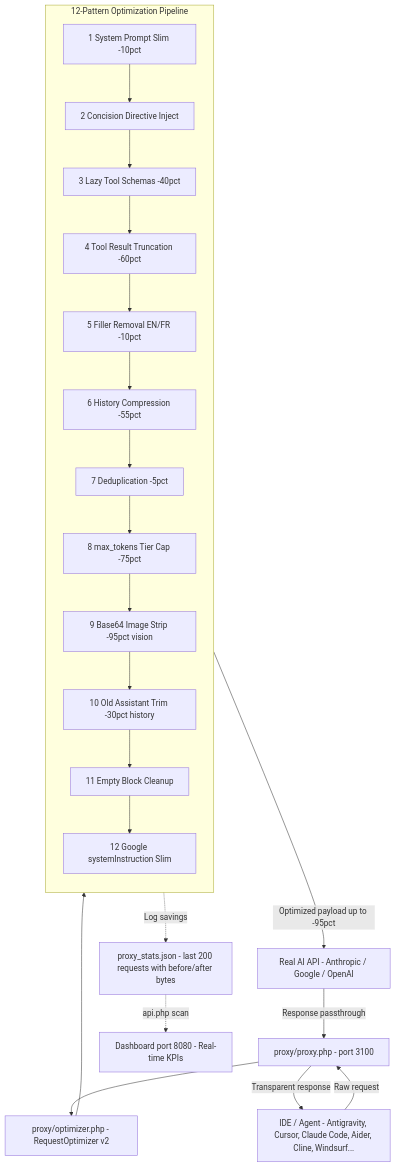
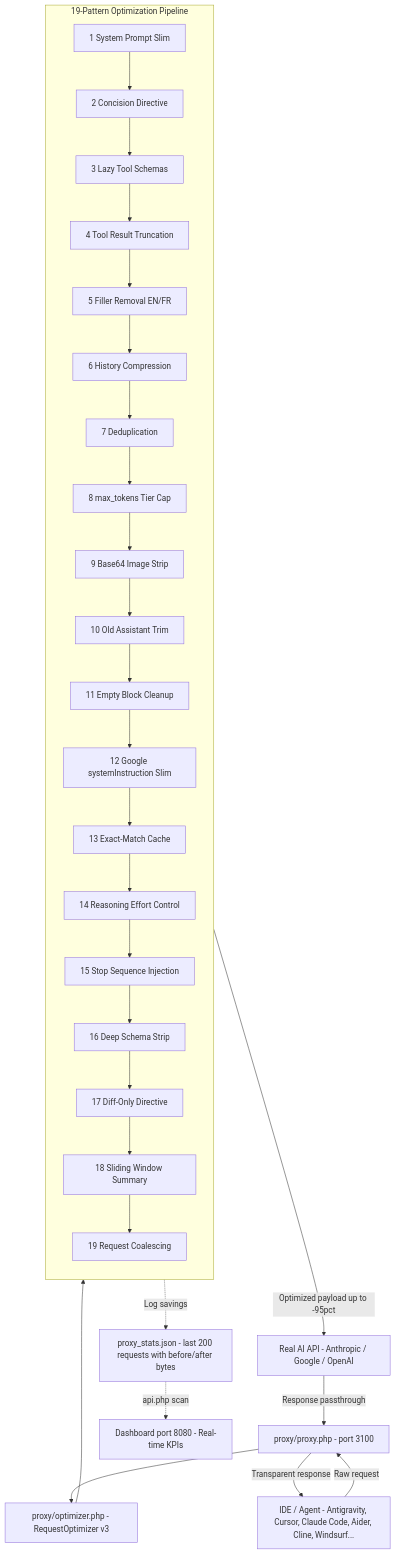
The diagram in README.md (xsaidi1992/ai-token-optimizer-), drawn with Mermaid before and after one commit. The commit also changed other lines of this file and 5 other files, not shown here.

````diff
--- a/README.md
+++ b/README.md
@@ -190,37 +190,45 @@
 ```mermaid
 flowchart TD
     IDE["IDE / Agent - Antigravity, Cursor, Claude Code, Aider, Cline, Windsurf..."]
     PROXY["proxy/proxy.php - port 3100"]
-    OPT["proxy/optimizer.php - RequestOptimizer v2"]
+    OPT["proxy/optimizer.php - RequestOptimizer v3"]
 
-    subgraph PIPELINE ["12-Pattern Optimization Pipeline"]
+    subgraph PIPELINE ["19-Pattern Optimization Pipeline"]
         direction TB
-        P1["1 System Prompt Slim -10pct"]
-        P2["2 Concision Directive Inject"]
-        P3["3 Lazy Tool Schemas -40pct"]
-        P4["4 Tool Result Truncation -60pct"]
-        P5["5 Filler Removal EN/FR -10pct"]
-        P6["6 History Compression -55pct"]
-        P7["7 Deduplication -5pct"]
-        P8["8 max_tokens Tier Cap -75pct"]
-        P9["9 Base64 Image Strip -95pct vision"]
-        P10["10 Old Assistant Trim -30pct history"]
+        P1["1 System Prompt Slim"]
+        P2["2 Concision Directive"]
+        P3["3 Lazy Tool Schemas"]
+        P4["4 Tool Result Truncation"]
+        P5["5 Filler Removal EN/FR"]
+        P6["6 History Compression"]
+        P7["7 Deduplication"]
+        P8["8 max_tokens Tier Cap"]
+        P9["9 Base64 Image Strip"]
+        P10["10 Old Assistant Trim"]
         P11["11 Empty Block Cleanup"]
         P12["12 Google systemInstruction Slim"]
+        P13["13 Exact-Match Cache"]
+        P14["14 Reasoning Effort Control"]
+        P15["15 Stop Sequence Injection"]
+        P16["16 Deep Schema Strip"]
+        P17["17 Diff-Only Directive"]
+        P18["18 Sliding Window Summary"]
+        P19["19 Request Coalescing"]
         P1 --> P2 --> P3 --> P4 --> P5 --> P6
         P6 --> P7 --> P8 --> P9 --> P10 --> P11 --> P12
+        P12 --> P13 --> P14 --> P15 --> P16 --> P17 --> P18 --> P19
     end
 
     UPSTREAM["Real AI API - Anthropic / Google / OpenAI"]
     STATS["proxy_stats.json - last 200 requests with before/after bytes"]
     DASHBOARD["Dashboard port 8080 - Real-time KPIs"]
 
     IDE -->|Raw request| PROXY
     PROXY --> OPT
     OPT --> PIPELINE
     PIPELINE -->|Optimized payload up to -95pct| UPSTREAM
     UPSTREAM -->|Response passthrough| PROXY
     PROXY -->|Transparent response| IDE
     PIPELINE -.->|Log savings| STATS
     STATS -.->|api.php scan| DASHBOARD
 ```
````
